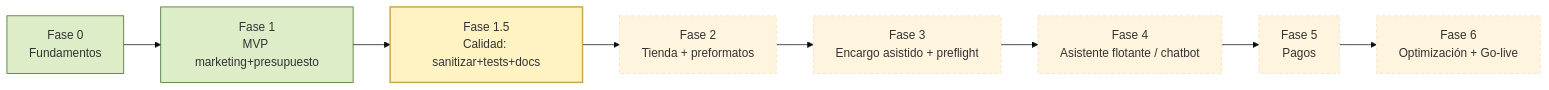
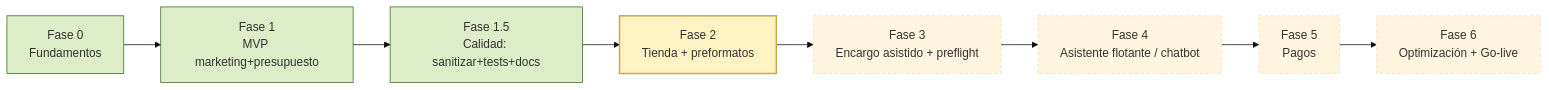
The diagram in ROADMAP.md (Iniciativas-Alexendros/ecommerce-graficasnasve), drawn with Mermaid (base theme) before and after one commit. The commit also changed other lines of this file and 17 other files, not shown here.

````diff
--- a/ROADMAP.md
+++ b/ROADMAP.md
@@ -15,17 +15,17 @@
 ```mermaid
 flowchart LR
   F0[Fase 0<br/>Fundamentos] --> F1[Fase 1<br/>MVP marketing+presupuesto]
   F1 --> FC[Fase 1.5<br/>Calidad: sanitizar+tests+docs]
   FC --> F2[Fase 2<br/>Tienda + preformatos]
   F2 --> F3[Fase 3<br/>Encargo asistido + preflight]
   F3 --> F4[Fase 4<br/>Asistente flotante / chatbot]
   F4 --> F5[Fase 5<br/>Pagos]
   F5 --> F6[Fase 6<br/>Optimización + Go-live]
 
   classDef done fill:#dcedc8,stroke:#33691e;
   classDef now fill:#fff3c4,stroke:#c9a84c,stroke-width:2px;
   classDef next stroke-dasharray: 4 4;
-  class F0,F1 done;
-  class FC now;
-  class F2,F3,F4,F5,F6 next;
+  class F0,F1,FC done;
+  class F2 now;
+  class F3,F4,F5,F6 next;
 ```
````
